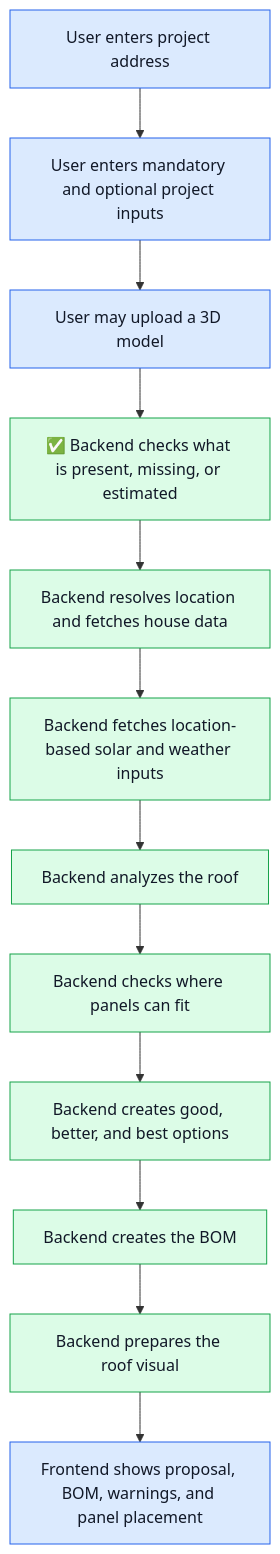
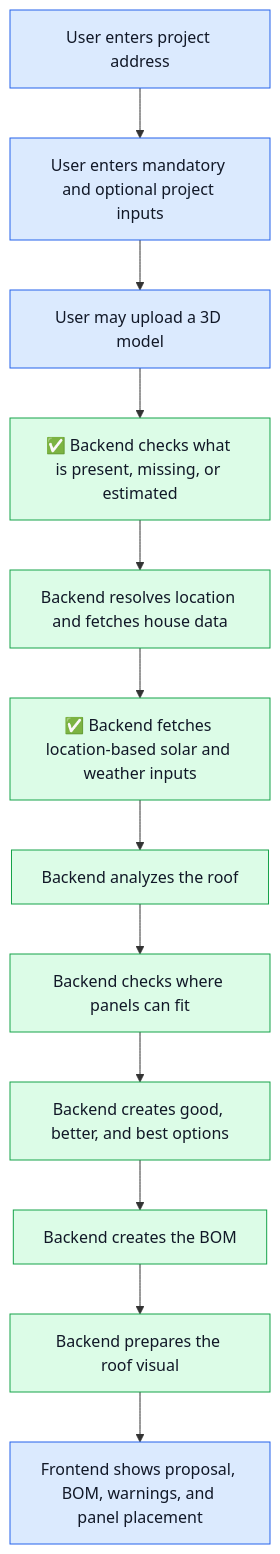
Before and after one commit to robinwettstaedt/roofee: the diagram in backend/README.md, drawn with Mermaid. The commit also changed other lines of this file and 6 other files, not shown here.

Commit message:
Fetch PVGIS solar weather inputs

````diff
--- a/backend/README.md
+++ b/backend/README.md
@@ -9,21 +9,21 @@
 ```mermaid
 flowchart TD
     A["User enters project address"]
     A --> B["User enters mandatory and optional project inputs"]
     B --> C["User may upload a 3D model"]
     C --> D["✅ Backend checks what is present, missing, or estimated"]
     D --> E["Backend resolves location and fetches house data"]
-    E --> F["Backend fetches location-based solar and weather inputs"]
+    E --> F["✅ Backend fetches location-based solar and weather inputs"]
     F --> G["Backend analyzes the roof"]
     G --> H["Backend checks where panels can fit"]
     H --> I["Backend creates good, better, and best options"]
     I --> J["Backend creates the BOM"]
     J --> K["Backend prepares the roof visual"]
     K --> L["Frontend shows proposal, BOM, warnings, and panel placement"]
 
     classDef frontend fill:#dbeafe,stroke:#2563eb,color:#111827
     classDef backend fill:#dcfce7,stroke:#16a34a,color:#111827
 
     class A,B,C,L frontend
     class D,E,F,G,H,I,J,K backend
 ```
````
